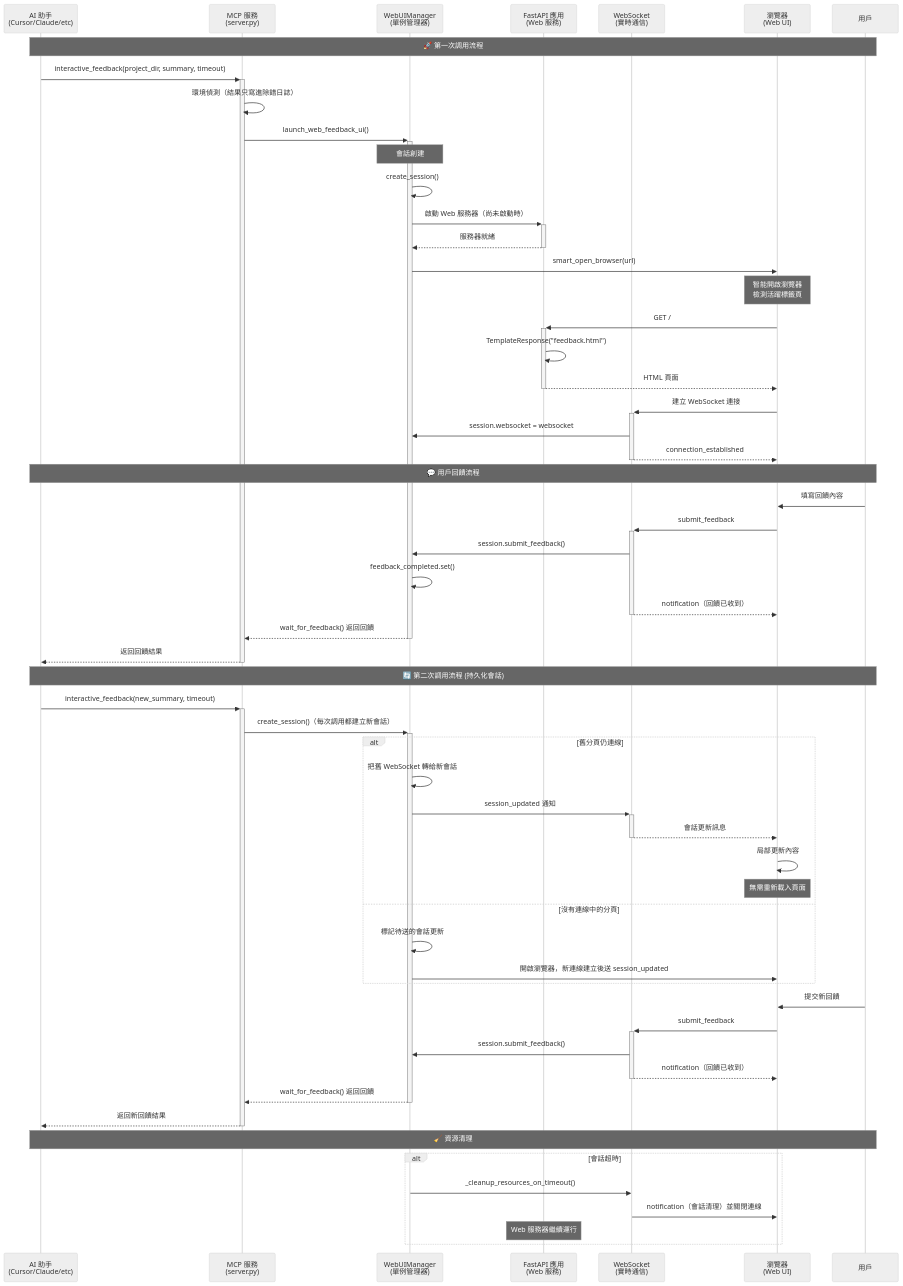
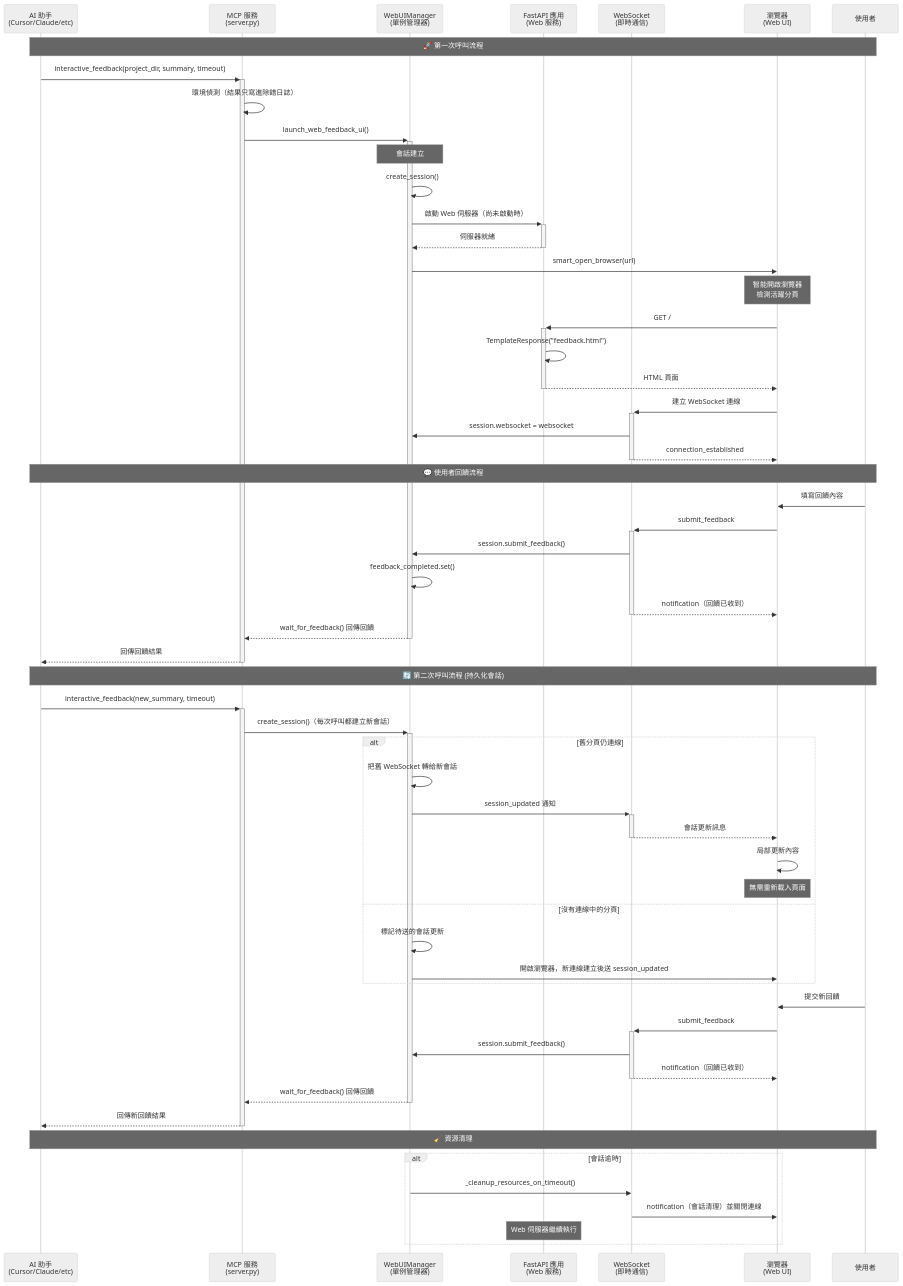
Before and after one commit to CloudEngineHub/mcp-feedback-enhanced: the first of 12 diagrams in docs/architecture/interaction-flows.md, drawn with Mermaid (neutral theme). The commit also changed other lines of this file, not shown here.

````diff
--- a/docs/architecture/interaction-flows.md
+++ b/docs/architecture/interaction-flows.md
@@ -19,70 +19,70 @@
 ```mermaid
 sequenceDiagram
     participant AI as AI 助手<br/>(Cursor/Claude/etc)
     participant MCP as MCP 服務<br/>(server.py)
     participant WM as WebUIManager<br/>(單例管理器)
     participant FastAPI as FastAPI 應用<br/>(Web 服務)
-    participant WS as WebSocket<br/>(實時通信)
+    participant WS as WebSocket<br/>(即時通信)
     participant Browser as 瀏覽器<br/>(Web UI)
-    participant User as 用戶
+    participant User as 使用者
 
-    Note over AI,User: 🚀 第一次調用流程
+    Note over AI,User: 🚀 第一次呼叫流程
     AI->>+MCP: interactive_feedback(project_dir, summary, timeout)
     MCP->>MCP: 環境偵測（結果只寫進除錯日誌）
     MCP->>+WM: launch_web_feedback_ui()
 
-    Note over WM: 會話創建
+    Note over WM: 會話建立
     WM->>WM: create_session()
 
-    WM->>+FastAPI: 啟動 Web 服務器（尚未啟動時）
-    FastAPI-->>-WM: 服務器就緒
+    WM->>+FastAPI: 啟動 Web 伺服器（尚未啟動時）
+    FastAPI-->>-WM: 伺服器就緒
 
     WM->>Browser: smart_open_browser(url)
-    Note over Browser: 智能開啟瀏覽器<br/>檢測活躍標籤頁
+    Note over Browser: 智能開啟瀏覽器<br/>檢測活躍分頁
 
     Browser->>+FastAPI: GET /
     FastAPI->>FastAPI: TemplateResponse("feedback.html")
     FastAPI-->>-Browser: HTML 頁面
 
-    Browser->>+WS: 建立 WebSocket 連接
+    Browser->>+WS: 建立 WebSocket 連線
     WS->>WM: session.websocket = websocket
     WS-->>-Browser: connection_established
 
-    Note over AI,User: 💬 用戶回饋流程
+    Note over AI,User: 💬 使用者回饋流程
     User->>Browser: 填寫回饋內容
     Browser->>+WS: submit_feedback
     WS->>WM: session.submit_feedback()
     WM->>WM: feedback_completed.set()
     WS-->>-Browser: notification（回饋已收到）
-    WM-->>-MCP: wait_for_feedback() 返回回饋
-    MCP-->>-AI: 返回回饋結果
+    WM-->>-MCP: wait_for_feedback() 回傳回饋
+    MCP-->>-AI: 回傳回饋結果
 
-    Note over AI,User: 🔄 第二次調用流程 (持久化會話)
+    Note over AI,User: 🔄 第二次呼叫流程 (持久化會話)
     AI->>+MCP: interactive_feedback(new_summary, timeout)
-    MCP->>+WM: create_session()（每次調用都建立新會話）
+    MCP->>+WM: create_session()（每次呼叫都建立新會話）
 
     alt 舊分頁仍連線
         WM->>WM: 把舊 WebSocket 轉給新會話
         WM->>+WS: session_updated 通知
         WS-->>-Browser: 會話更新訊息
         Browser->>Browser: 局部更新內容
         Note over Browser: 無需重新載入頁面
     else 沒有連線中的分頁
         WM->>WM: 標記待送的會話更新
         WM->>Browser: 開啟瀏覽器，新連線建立後送 session_updated
     end
 
     User->>Browser: 提交新回饋
     Browser->>+WS: submit_feedback
     WS->>WM: session.submit_feedback()
     WS-->>-Browser: notification（回饋已收到）
-    WM-->>-MCP: wait_for_feedback() 返回回饋
-    MCP-->>-AI: 返回新回饋結果
+    WM-->>-MCP: wait_for_feedback() 回傳回饋
+    MCP-->>-AI: 回傳新回饋結果
 
     Note over AI,User: 🧹 資源清理
-    alt 會話超時
+    alt 會話逾時
         WM->>WS: _cleanup_resources_on_timeout()
         WS->>Browser: notification（會話清理）並關閉連線
-        Note over FastAPI: Web 服務器繼續運行
+        Note over FastAPI: Web 伺服器繼續執行
     end
 ```
````
